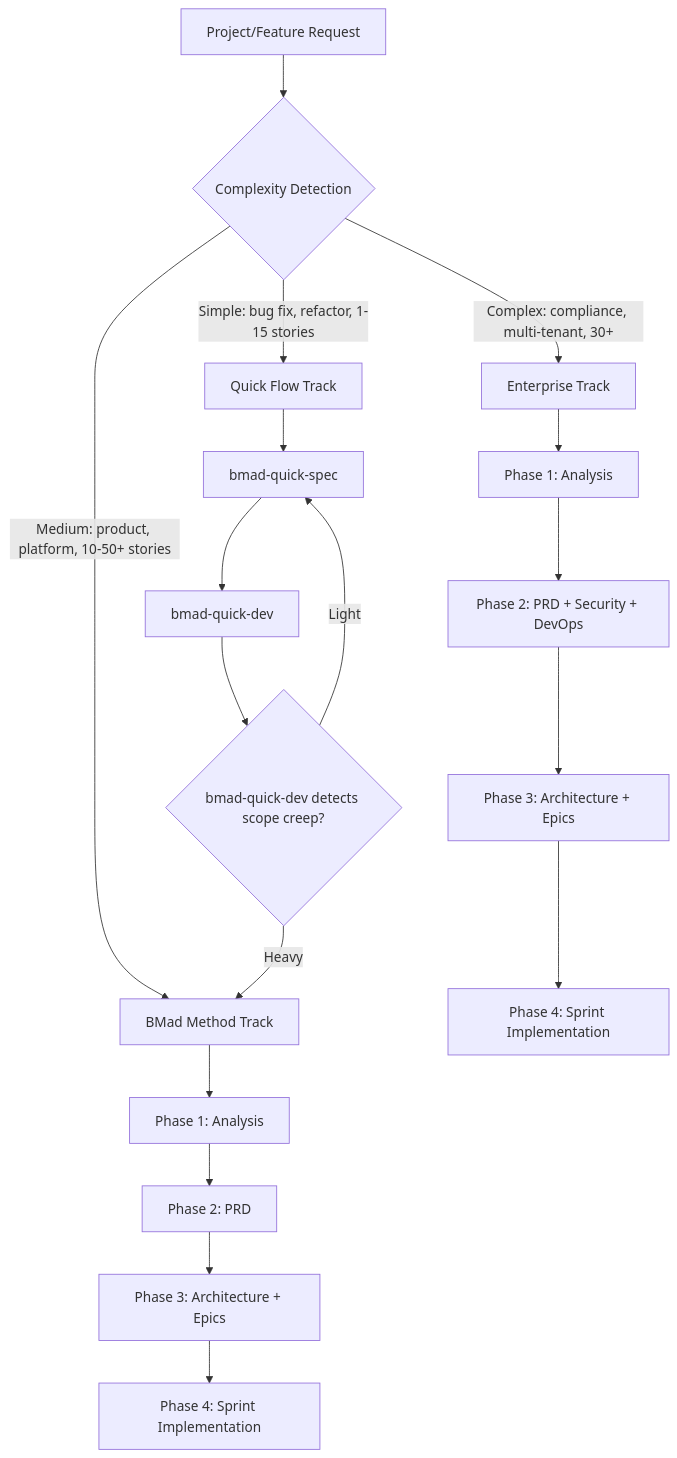
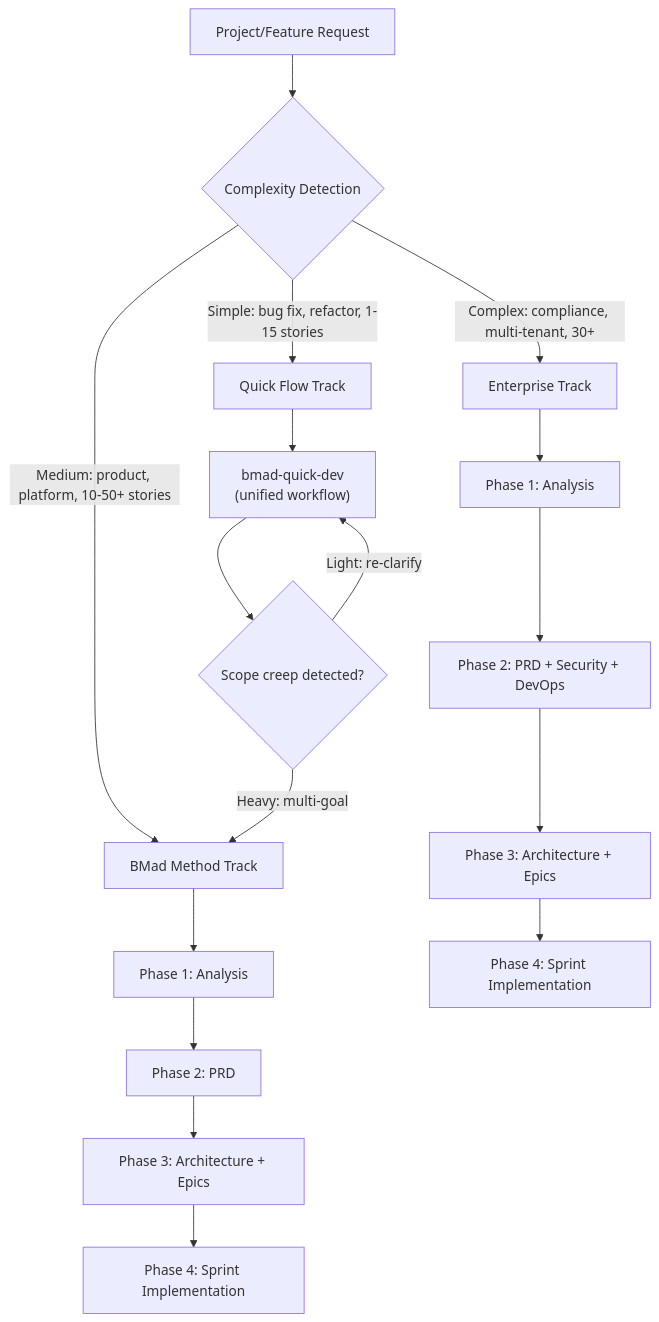
Before and after one commit to thientranhung/agentic-coding-lab: the tenth of 10 diagrams in vn/bmad-method/1. Architecture and Logic.md, drawn with Mermaid. The commit also changed other lines of this file and 14 other files, not shown here.

````diff
--- a/vn/bmad-method/1. Architecture and Logic.md
+++ b/vn/bmad-method/1. Architecture and Logic.md
@@ -344,24 +456,23 @@
 ```mermaid
 flowchart TD
     START["Project/Feature Request"] --> DETECT{"Complexity Detection"}
     DETECT -->|"Simple: bug fix, refactor, 1-15 stories"| QF["Quick Flow Track"]
     DETECT -->|"Medium: product, platform, 10-50+ stories"| BM["BMad Method Track"]
     DETECT -->|"Complex: compliance, multi-tenant, 30+"| ENT["Enterprise Track"]
 
-    QF --> QS["bmad-quick-spec"]
-    QS --> QD["bmad-quick-dev"]
+    QF --> QD["bmad-quick-dev<br/>(unified workflow)"]
 
     BM --> P1["Phase 1: Analysis"]
     P1 --> P2["Phase 2: PRD"]
     P2 --> P3["Phase 3: Architecture + Epics"]
     P3 --> P4["Phase 4: Sprint Implementation"]
 
     ENT --> P1E["Phase 1: Analysis"]
     P1E --> P2E["Phase 2: PRD + Security + DevOps"]
     P2E --> P3E["Phase 3: Architecture + Epics"]
     P3E --> P4E["Phase 4: Sprint Implementation"]
 
-    QD --> ESC{"bmad-quick-dev detects scope creep?"}
-    ESC -->|"Light"| QS
-    ESC -->|"Heavy"| BM
+    QD --> ESC{"Scope creep detected?"}
+    ESC -->|"Light: re-clarify"| QD
+    ESC -->|"Heavy: multi-goal"| BM
 ```
````
